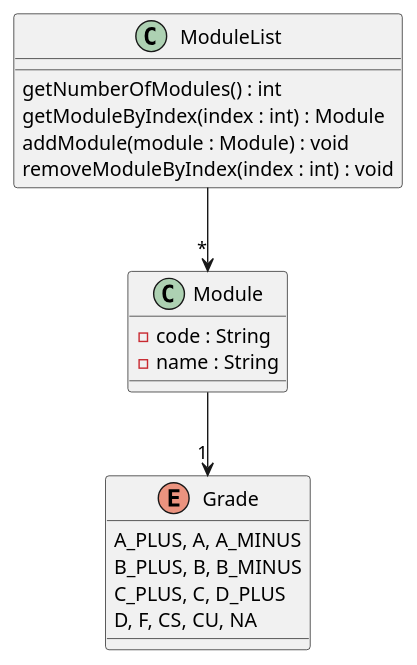
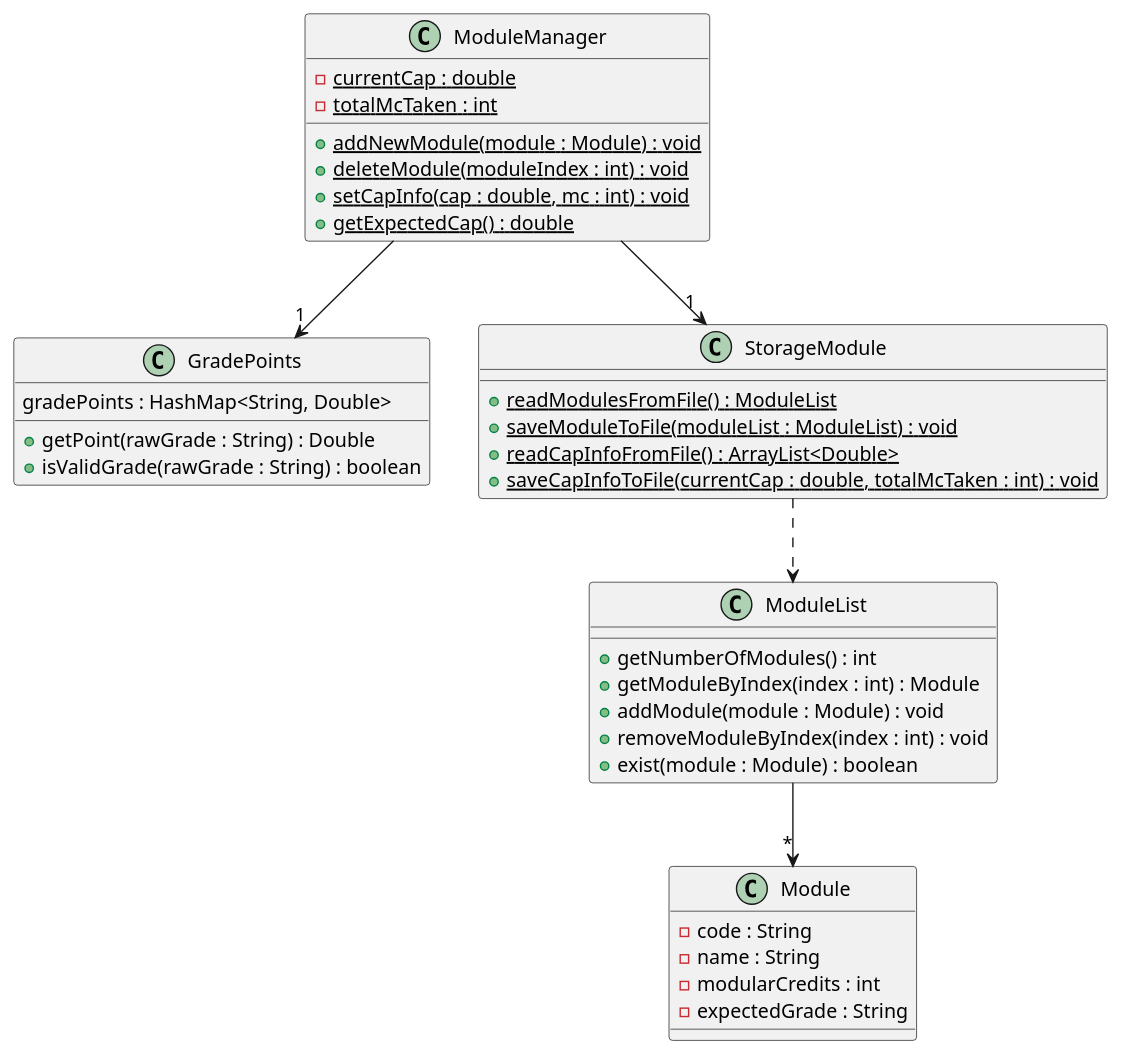
The diagram in docs/images/module/Module.puml (swatimahadevan/tp), drawn with PlantUML before and after one commit. The commit also changed 3 other files, not shown here.

Commit message:
Add module architecture diagram

```diff
--- a/docs/images/module/Module.puml
+++ b/docs/images/module/Module.puml
@@ -1,26 +1,45 @@
 @startuml
 
 class Module {
     - code : String
     - name : String
+    - modularCredits : int
+    - expectedGrade : String
+}
+
+class GradePoints {
+    gradePoints : HashMap<String, Double>
+    + getPoint(rawGrade : String) : Double
+    + isValidGrade(rawGrade : String) : boolean
 }
 
 class ModuleList {
-    getNumberOfModules() : int
-    getModuleByIndex(index : int) : Module
-    addModule(module : Module) : void
-    removeModuleByIndex(index : int) : void
+    + getNumberOfModules() : int
+    + getModuleByIndex(index : int) : Module
+    + addModule(module : Module) : void
+    + removeModuleByIndex(index : int) : void
+    + exist(module : Module) : boolean
+}
+
+class ModuleManager {
+    - {static} currentCap : double
+    - {static} totalMcTaken : int
+    + {static} addNewModule(module : Module) : void
+    + {static} deleteModule(moduleIndex : int) : void
+    + {static} setCapInfo(cap : double, mc : int) : void
+    + {static} getExpectedCap() : double
+}
+
+class StorageModule {
+    + {static} readModulesFromFile() : ModuleList
+    + {static} saveModuleToFile(moduleList : ModuleList) : void
+    + {static} readCapInfoFromFile() : ArrayList<Double>
+    + {static} saveCapInfoToFile(currentCap : double, totalMcTaken : int) : void
 }
 
 ModuleList --> "*" Module
-Module --> "1" Grade
-
-
-enum Grade {
-A_PLUS, A, A_MINUS
-B_PLUS, B, B_MINUS
-C_PLUS, C, D_PLUS
-D, F, CS, CU, NA
-}
+ModuleManager --> "1" GradePoints
+ModuleManager --> "1" StorageModule
+StorageModule ..> ModuleList
 
 @enduml
```
